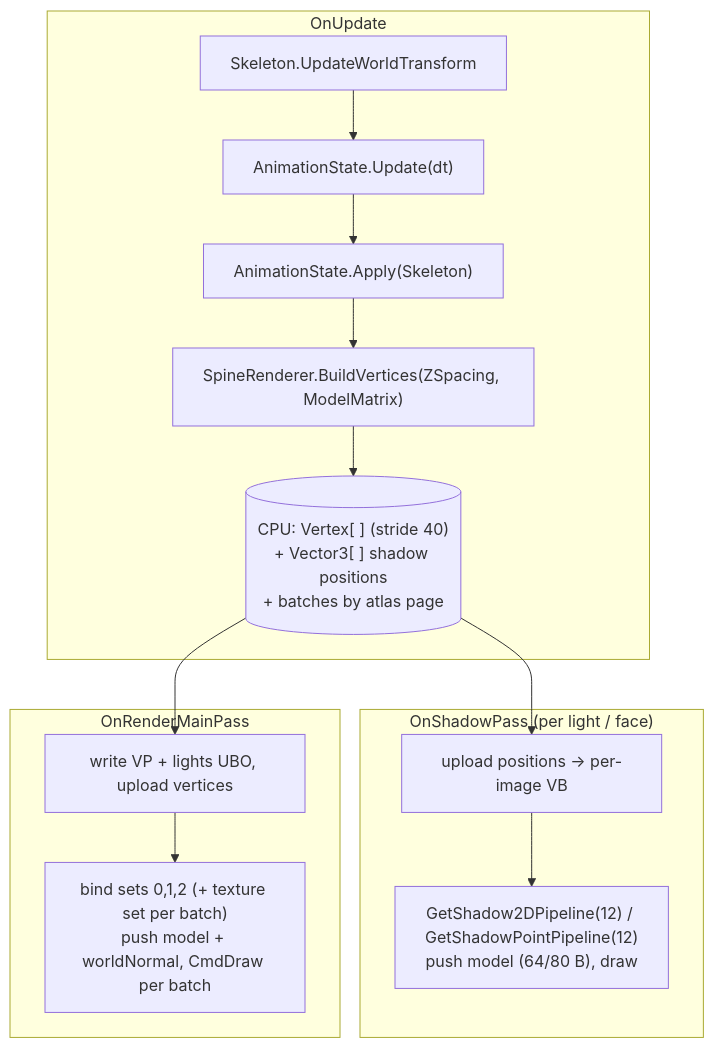
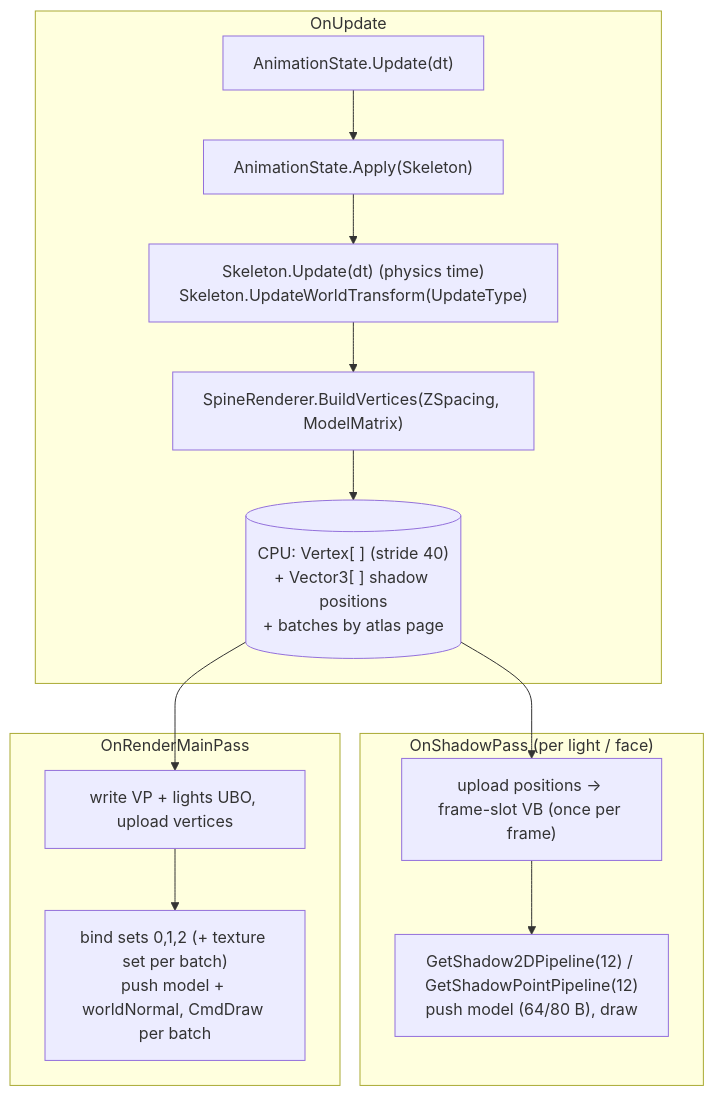
The diagram in docs/design/spine.md (Mainframe-Games/mainframe-engine), drawn with Mermaid before and after one commit. The commit also changed other lines of this file and 14 other files, not shown here.

````diff
--- a/docs/design/spine.md
+++ b/docs/design/spine.md
@@ -34,17 +34,17 @@
 ```mermaid
 flowchart TD
     subgraph Update["OnUpdate"]
-        U1["Skeleton.UpdateWorldTransform"] --> U2["AnimationState.Update(dt)"]
-        U2 --> U3["AnimationState.Apply(Skeleton)"]
+        U1["AnimationState.Update(dt)"] --> U2["AnimationState.Apply(Skeleton)"]
+        U2 --> U3["Skeleton.Update(dt) (physics time)<br/>Skeleton.UpdateWorldTransform(UpdateType)"]
         U3 --> U4["SpineRenderer.BuildVertices(ZSpacing, ModelMatrix)"]
         U4 --> V[("CPU: Vertex[ ] (stride 40)<br/>+ Vector3[ ] shadow positions<br/>+ batches by atlas page")]
     end
     subgraph Shadow["OnShadowPass (per light / face)"]
-        V --> S1["upload positions → per-image VB"]
+        V --> S1["upload positions → frame-slot VB (once per frame)"]
         S1 --> S2["GetShadow2DPipeline(12) / GetShadowPointPipeline(12)<br/>push model (64/80 B), draw"]
     end
     subgraph Main["OnRenderMainPass"]
         V --> M1["write VP + lights UBO, upload vertices"]
         M1 --> M2["bind sets 0,1,2 (+ texture set per batch)<br/>push model + worldNormal, CmdDraw per batch"]
     end
 ```
````
